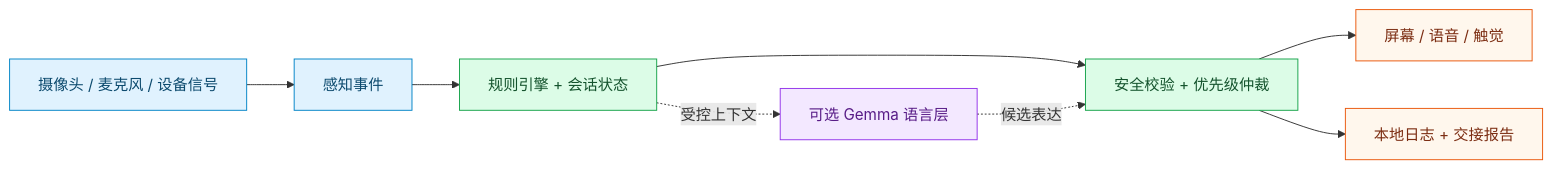
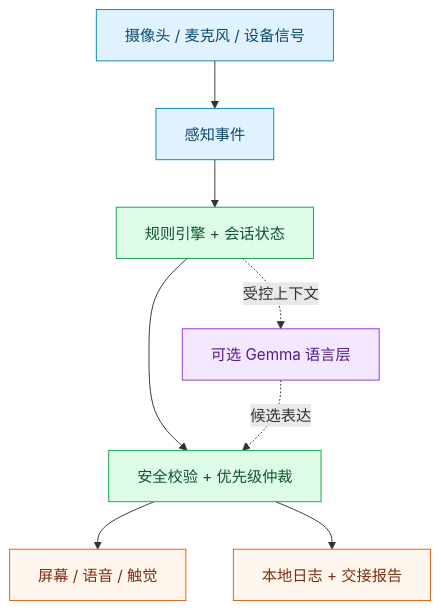
The diagram in README.zh-CN.md (17-chen/first-aid-co-pilot), drawn with Mermaid before and after one commit. The commit also changed 1 other file, not shown here.

Commit message:
docs: improve architecture diagram readability

````diff
--- a/README.zh-CN.md
+++ b/README.zh-CN.md
@@ -61,18 +61,18 @@
 ```mermaid
-flowchart LR
+flowchart TD
     INPUT["摄像头 / 麦克风 / 设备信号"] --> EVENTS["感知事件"]
     EVENTS --> RULES["规则引擎 + 会话状态"]
     RULES --> GUARD["安全校验 + 优先级仲裁"]
     RULES -. "受控上下文" .-> AI["可选 Gemma 语言层"]
     AI -. "候选表达" .-> GUARD
     GUARD --> OUTPUT["屏幕 / 语音 / 触觉"]
     GUARD --> REPORT["本地日志 + 交接报告"]
     classDef sensing fill:#E0F2FE,stroke:#0284C7,color:#0C4A6E
     classDef rules fill:#DCFCE7,stroke:#16A34A,color:#14532D
     classDef model fill:#F3E8FF,stroke:#9333EA,color:#581C87
     classDef delivery fill:#FFF7ED,stroke:#EA580C,color:#7C2D12
     class INPUT,EVENTS sensing
     class RULES,GUARD rules
     class AI model
     class OUTPUT,REPORT delivery
 ```
````
